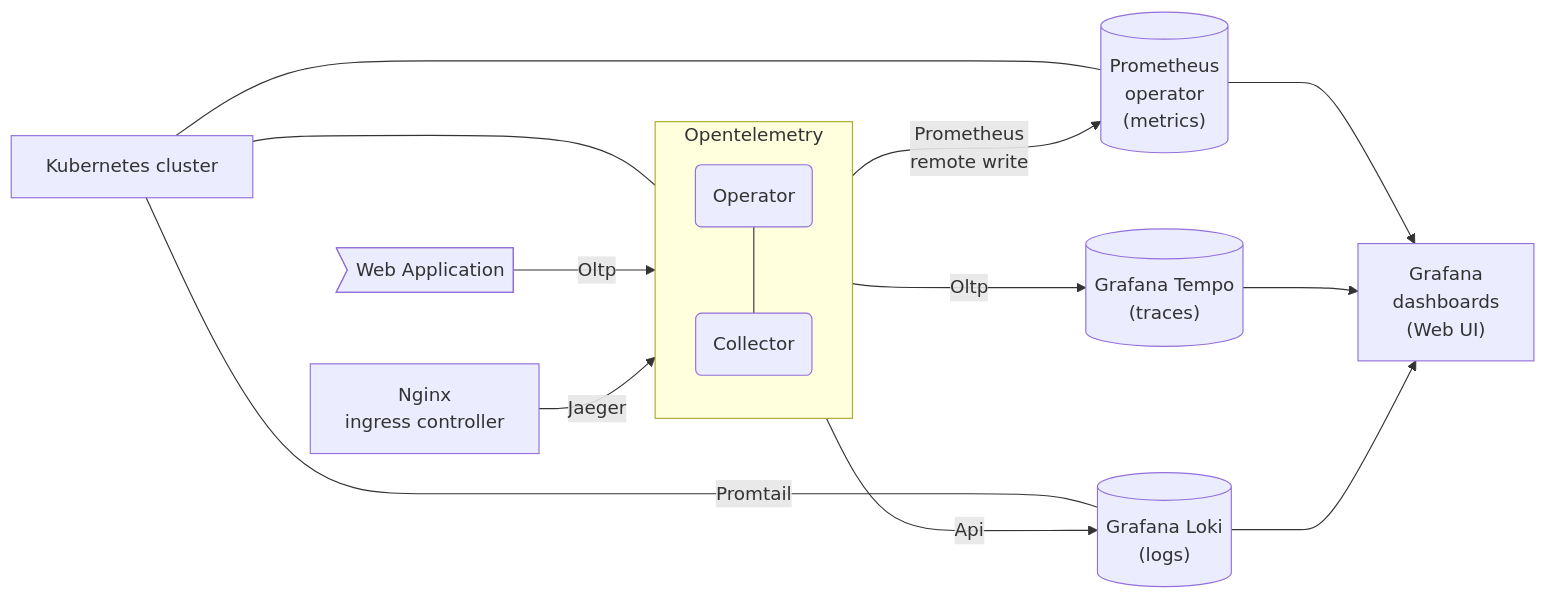
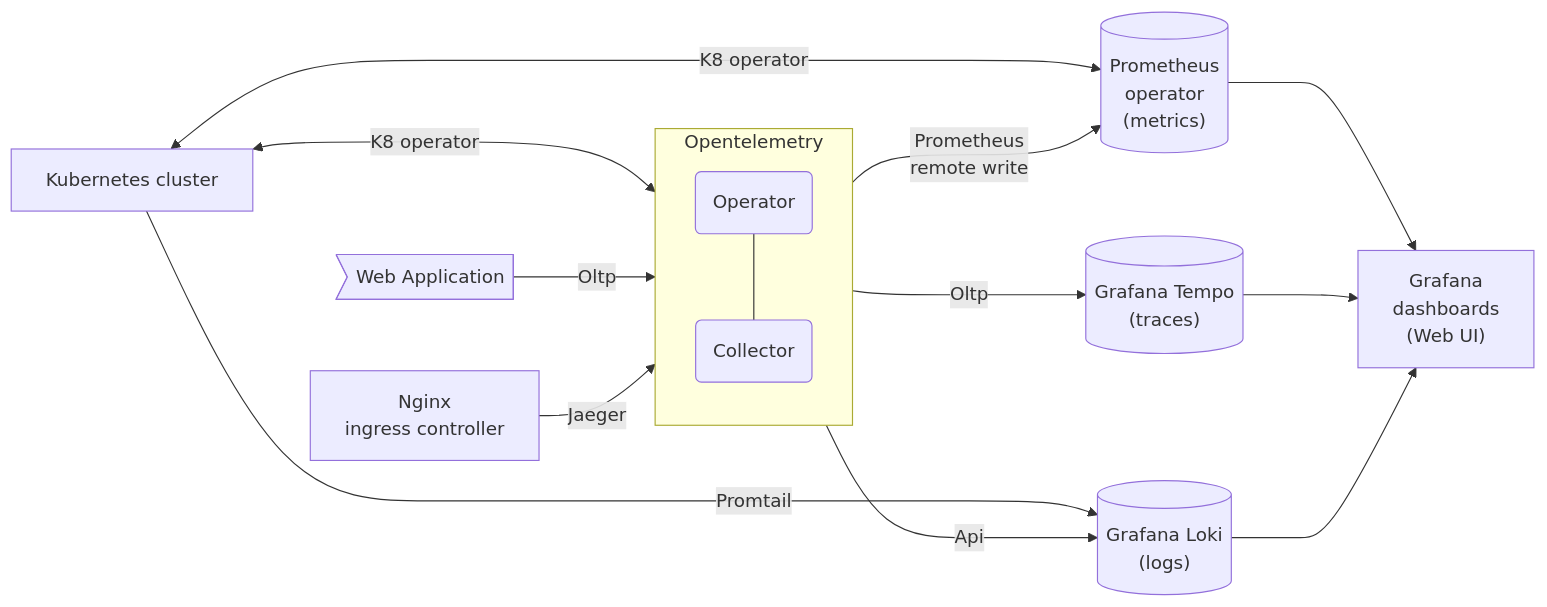
One commit to mrzysztof/opentelemetry-demo changed the diagram in README.md. Above: the diagram before and after it, drawn with Mermaid.

Commit message:
Update arrows

````diff
--- a/README.md
+++ b/README.md
@@ -52,44 +52,44 @@
 ```mermaid
 flowchart LR
 
 App>Web Application]
 Nginx["Nginx
 ingress controller"]
 
 K8["Kubernetes cluster"]
 
 Prom[("Prometheus
 operator
 (metrics)")]
 
 Tempo[("Grafana Tempo
 (traces)")]
 
 Loki[("Grafana Loki
 (logs)")]
 
 Grafana["Grafana
 dashboards
 (Web UI)"]
 
 subgraph Oltp[Opentelemetry]
     direction TB
     o(Operator) --- c(Collector)
 end
 
-K8 --- Oltp
-K8 ----- Prom
-K8 ------|Promtail| Loki
+K8 <--->|K8 operator| Oltp
+K8 <--->|K8 operator| Prom
+K8 ----->|Promtail| Loki
 
 Oltp --->|"Prometheus
 remote write"| Prom
 Oltp --->|Oltp| Tempo
 Oltp -->|Api| Loki
 
 Prom ---> Grafana
 Tempo ---> Grafana
 Loki ---> Grafana
 
 App -->|Oltp| Oltp
 Nginx -->|Jaeger| Oltp
 ```
````
